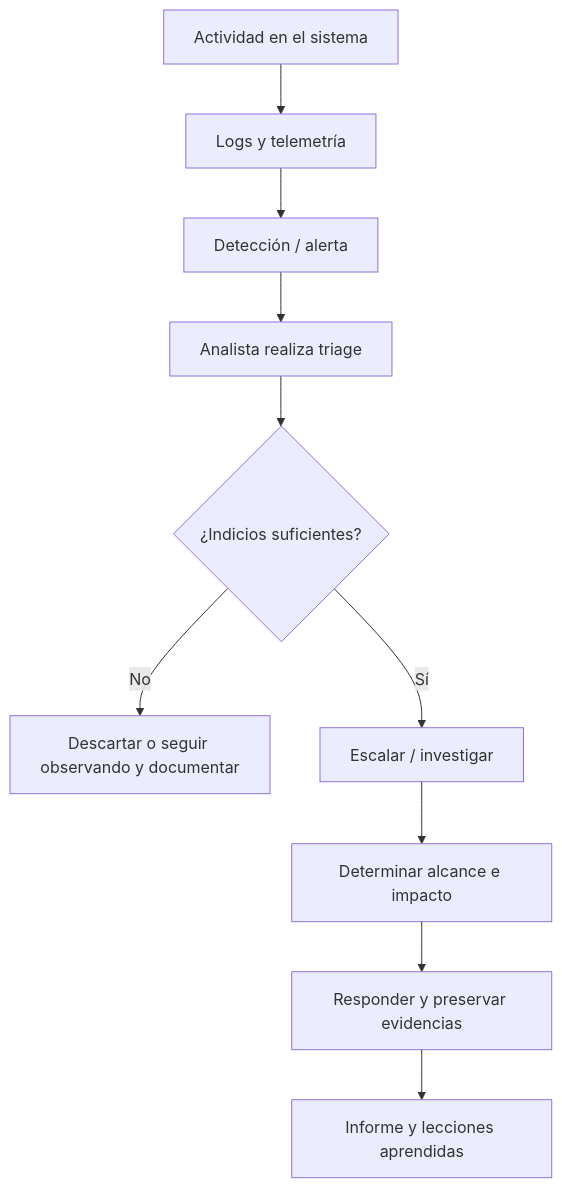
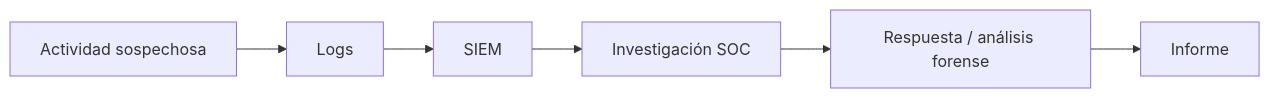
One commit to devfab17/blue-team-fundamentals-btf changed the diagram in 01-cyber-defense/00-introduccion-al-curso.md. Above: the diagram before and after it, drawn with Mermaid. The commit also changed other lines of this file, not shown here.

````diff
--- a/01-cyber-defense/00-introduccion-al-curso.md
+++ b/01-cyber-defense/00-introduccion-al-curso.md
@@ -40,12 +91,8 @@
 ```mermaid
-flowchart TD
- A[Actividad en el sistema] --> B[Logs y telemetría]
- B --> C[Detección / alerta]
- C --> D[Analista realiza triage]
- D --> E{¿Indicios suficientes?}
- E -->|No| F[Descartar o seguir observando y documentar]
- E -->|Sí| G[Escalar / investigar]
- G --> H[Determinar alcance e impacto]
- H --> I[Responder y preservar evidencias]
- I --> J[Informe y lecciones aprendidas]
+flowchart LR
+ A[Actividad sospechosa] --> B[Logs]
+ B --> C[SIEM]
+ C --> D[Investigación SOC]
+ D --> E[Respuesta / análisis forense]
+ E --> F[Informe]
 ```
````
